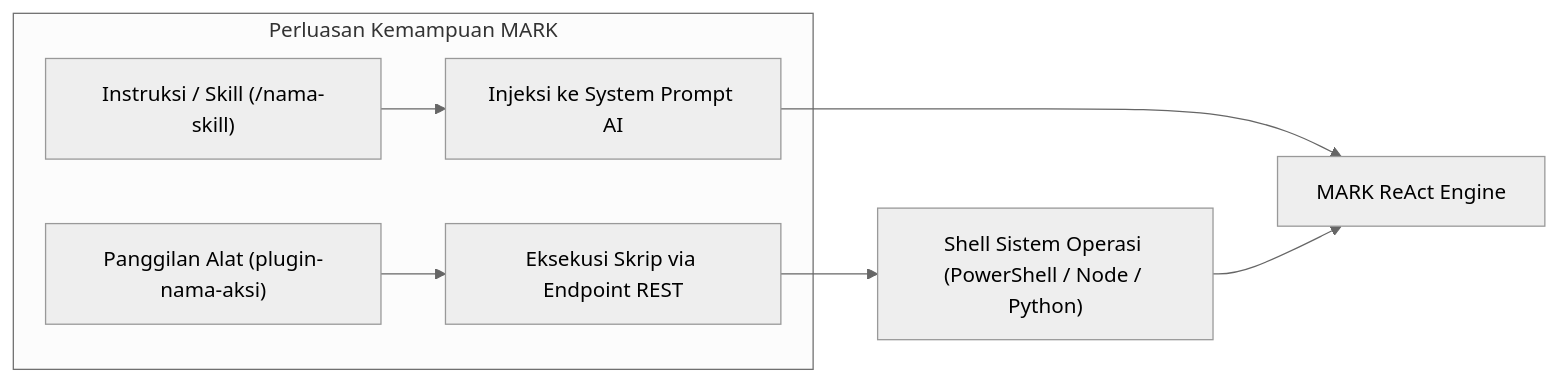
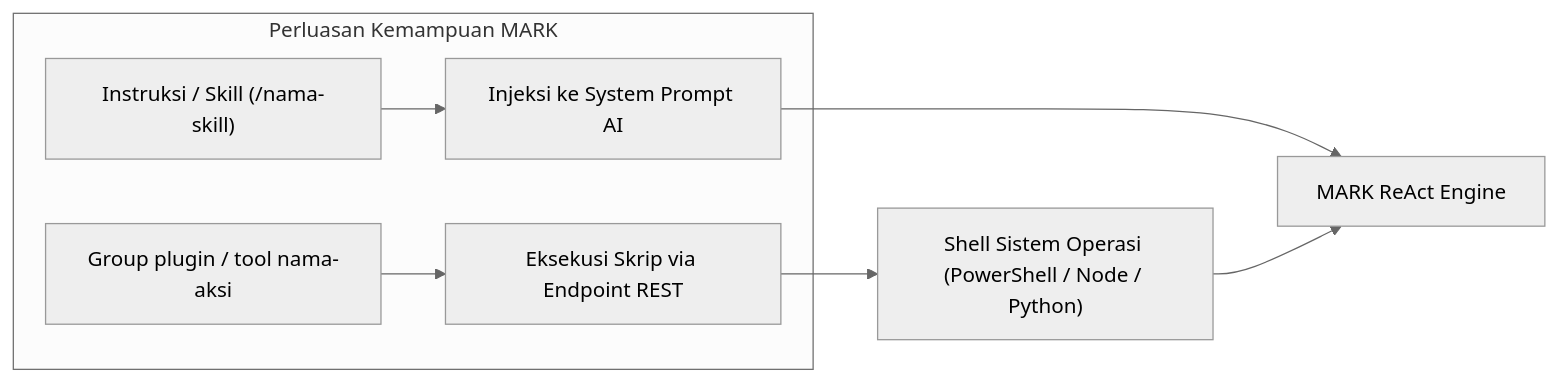
The diagram in docs/07-developer-guide/creating-skills-and-plugins.md (Mazees/mark-agent), drawn with Mermaid (neutral theme) before and after one commit. The commit also changed other lines of this file and 12 other files, not shown here.

````diff
--- a/docs/07-developer-guide/creating-skills-and-plugins.md
+++ b/docs/07-developer-guide/creating-skills-and-plugins.md
@@ -16,11 +16,11 @@
 ```mermaid
 flowchart LR
     subgraph "Perluasan Kemampuan MARK"
         SkillPrompt["Instruksi / Skill (/nama-skill)"] --> PromptInjection["Injeksi ke System Prompt AI"]
-        PluginAction["Panggilan Alat (plugin-nama-aksi)"] --> PluginExec["Eksekusi Skrip via Endpoint REST"]
+        PluginAction["Group plugin / tool nama-aksi"] --> PluginExec["Eksekusi Skrip via Endpoint REST"]
     end
 
     PromptInjection --> Brain["MARK ReAct Engine"]
     PluginExec --> OS["Shell Sistem Operasi (PowerShell / Node / Python)"]
     OS --> Brain
 ```
````
